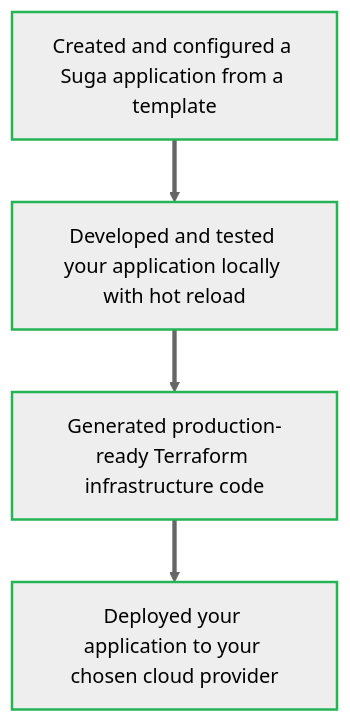
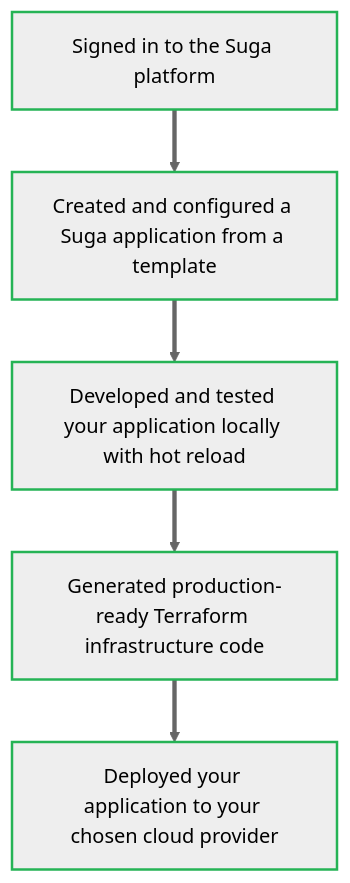
Before and after one commit to nitrictech/suga: the diagram in docs/quickstart.mdx, drawn with Mermaid (neutral theme). The commit also changed other lines of this file and 1 other file, not shown here.

````diff
--- a/docs/quickstart.mdx
+++ b/docs/quickstart.mdx
@@ -280,10 +297,11 @@
 ```mermaid
 graph TB
-One["Created and configured a Suga application from a template"] ==> Two["Developed and tested your application locally with hot reload"]
-Two ==> Three["Generated production-ready Terraform infrastructure code"]
-Three ==> Four["Deployed your application to your chosen cloud provider"]
+One["Signed in to the Suga platform"] ==> Two["Created and configured a Suga application from a template"]
+Two ==> Three["Developed and tested your application locally with hot reload"]
+Three ==> Four["Generated production-ready Terraform infrastructure code"]
+Four ==> Five["Deployed your application to your chosen cloud provider"]
 
 classDef nitricGreen stroke:#25b355,stroke-width:2px
-class One,Two,Three,Four nitricGreen
+class One,Two,Three,Four,Five nitricGreen
 
 ```
````
